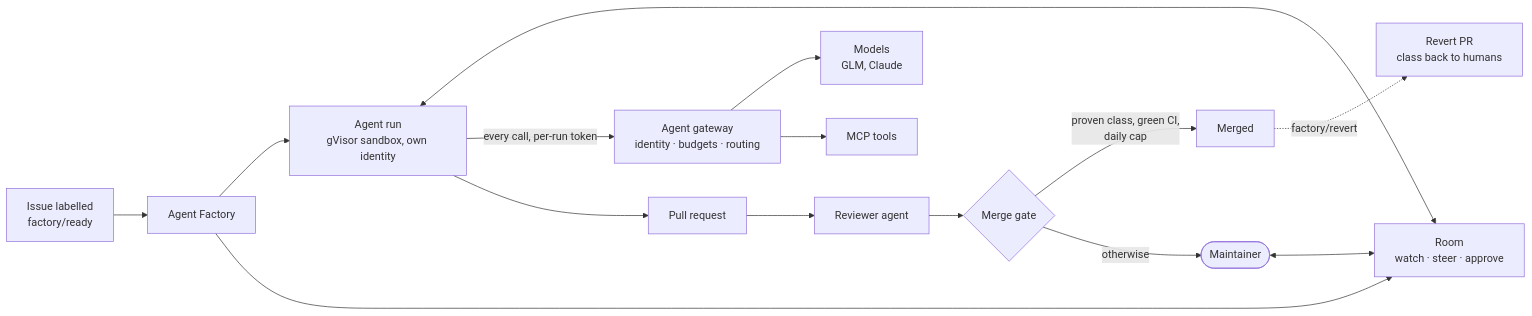
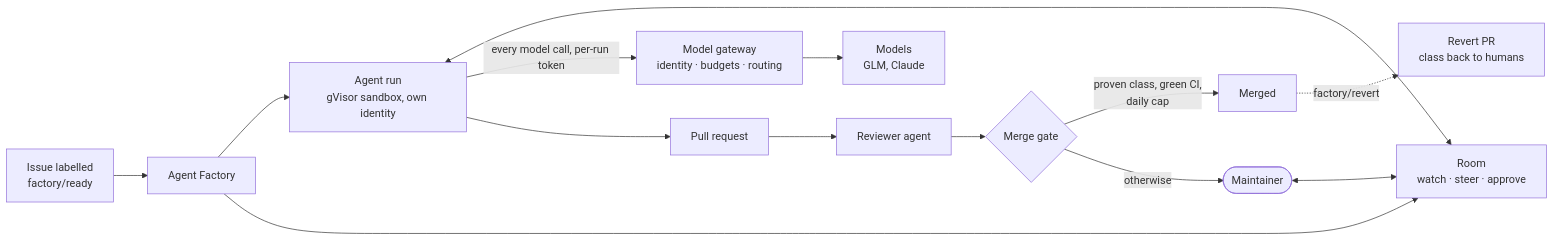
Before and after one commit to Smana/ai-native-ref: the diagram in README.md, drawn with Mermaid. The commit also changed other lines of this file and 35 other files, not shown here.

````diff
--- a/README.md
+++ b/README.md
@@ -69,15 +69,14 @@
 ```mermaid
 flowchart LR
   issue["Issue labelled<br/>factory/ready"] --> factory["Agent Factory"]
   factory --> run["Agent run<br/>gVisor sandbox, own identity"]
   factory --> room["Room<br/>watch · steer · approve"]
   human(["Maintainer"]) <--> room
   run <--> room
-  run -->|"every call, per-run token"| gw["Agent gateway<br/>identity · budgets · routing"]
+  run -->|"every model call, per-run token"| gw["Model gateway<br/>identity · budgets · routing"]
   gw --> models["Models<br/>GLM, Claude"]
-  gw --> tools["MCP tools"]
   run --> pr["Pull request"] --> review["Reviewer agent"] --> gate{"Merge gate"}
   gate -->|"proven class, green CI,<br/>daily cap"| merged["Merged"]
   gate -->|"otherwise"| human
   merged -.->|"factory/revert"| revert["Revert PR<br/>class back to humans"]
 ```
````
